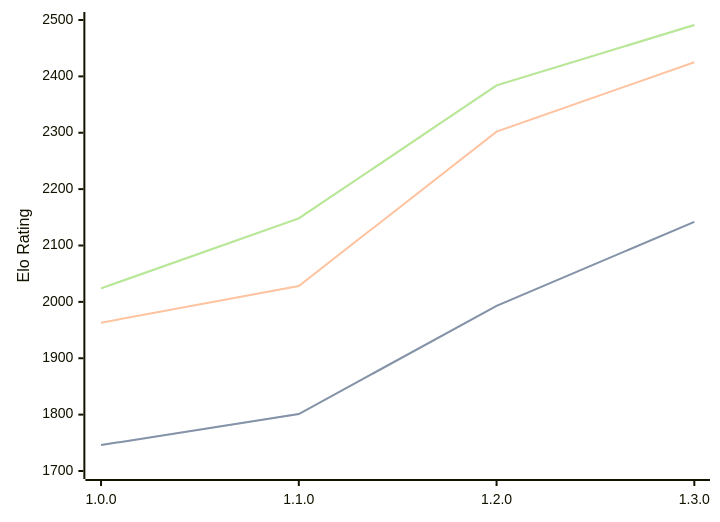
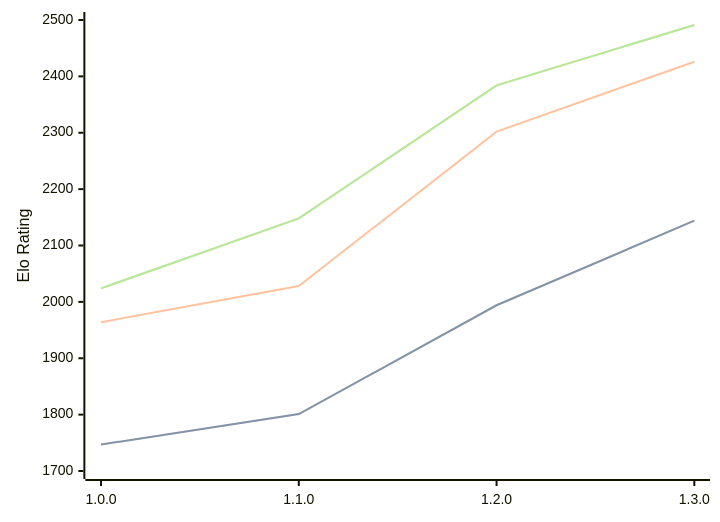
The diagram in engines/Anodos.md (computer-chess-index/cci), drawn with Mermaid before and after one commit. The commit also changed other lines of this file, not shown here.

````diff
--- a/engines/Anodos.md
+++ b/engines/Anodos.md
@@ -45,11 +45,11 @@
 ```mermaid
 %%{init: {"theme":"base","themeVariables":{"seriesColors:['#a3a3a3','#222221','#faa371']}}}%%
 xychart-beta
   x-axis ["1.0.0", "1.1.0", "1.2.0", "1.3.0"]
   y-axis "Elo Rating" 1700 --> 2500
-  line "STC (8.0+0.08s)" [1746, 1801, 1993, 2142]
-  line "STC (8.0+0.08s)" [1746, 1801, 1993, 2142]
-  line "LTC (60.0+0.60s)" [1963, 2028, 2302, 2425]
+  line "STC (8.0+0.08s)" [1747, 1801, 1994, 2144]
+  line "STC (8.0+0.08s)" [1747, 1801, 1994, 2144]
+  line "LTC (60.0+0.60s)" [1964, 2028, 2302, 2426]
   line "VLTC (2m24s+1.12s)" [2024, 2148, 2384, 2491]
   line "VLTC (2m24s+1.12s)" [2024, 2148, 2384, 2491]
 ```
````
